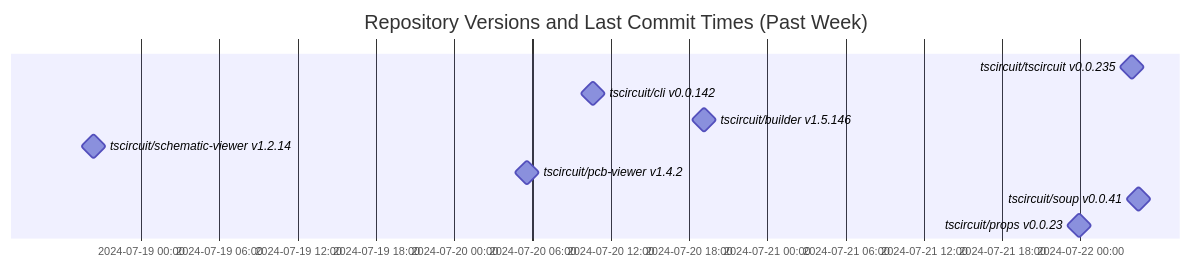
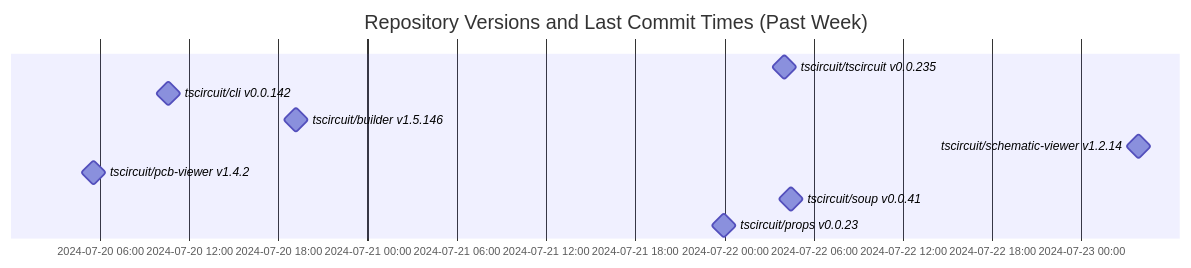
Before and after one commit to tscircuit/version-tracker: the diagram in README.md, drawn with Mermaid.

Commit message:
Update chart

````diff
--- a/README.md
+++ b/README.md
@@ -1,14 +1,14 @@
 ```mermaid
 gantt
   dateFormat  YYYY-MM-DD HH:mm:ss
   title Repository Versions and Last Commit Times (Past Week)
   axisFormat %Y-%m-%d %H:%M
 
   tscircuit/tscircuit v0.0.235 : milestone, 2024-07-22 04:00:06, 1s
   tscircuit/cli v0.0.142 : milestone, 2024-07-20 10:36:15, 1s
   tscircuit/builder v1.5.146 : milestone, 2024-07-20 19:11:54, 1s
-  tscircuit/schematic-viewer v1.2.14 : milestone, 2024-07-18 20:20:40, 1s
+  tscircuit/schematic-viewer v1.2.14 : milestone, 2024-07-23 03:50:56, 1s
   tscircuit/pcb-viewer v1.4.2 : milestone, 2024-07-20 05:34:23, 1s
   tscircuit/soup v0.0.41 : milestone, 2024-07-22 04:28:33, 1s
   tscircuit/props v0.0.23 : milestone, 2024-07-21 23:57:13, 1s
 ```
````
